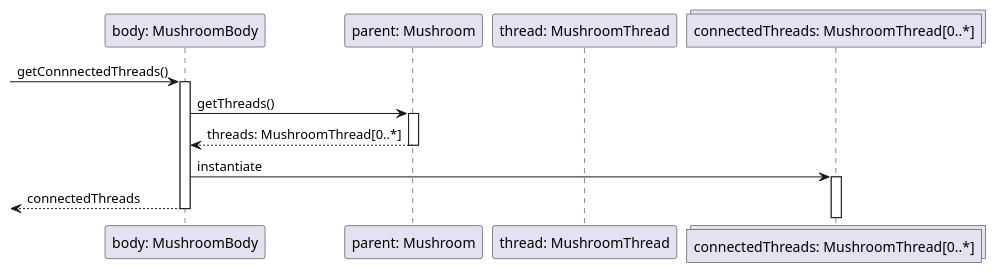
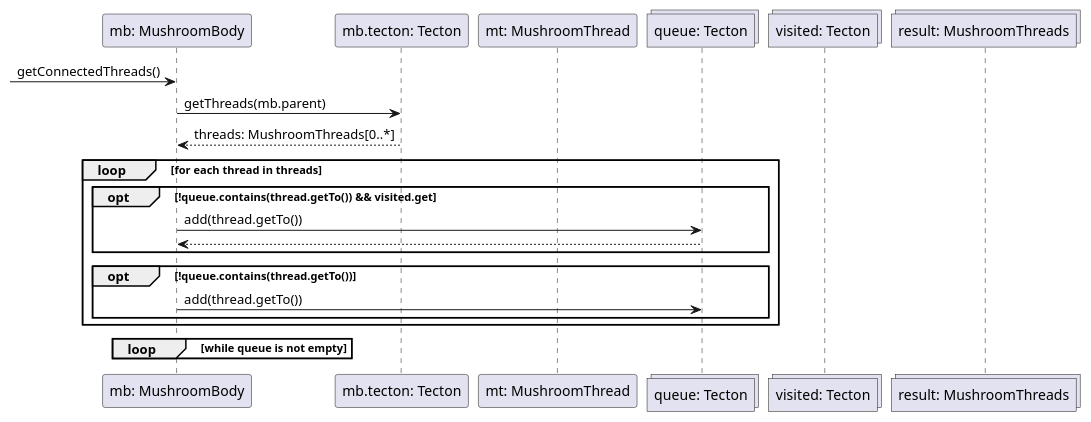
Before and after one commit to dzsem/projlab: the diagram in diagrams/sequence/mushroom/mushroom_body/getConnectedThreads.wsd, drawn with PlantUML.

Commit message:
Started getConnectedThreads

```diff
--- a/diagrams/sequence/mushroom/mushroom_body/getConnectedThreads.wsd
+++ b/diagrams/sequence/mushroom/mushroom_body/getConnectedThreads.wsd
@@ -1,22 +1,27 @@
-@startuml GetConectedThreads
-participant "body: MushroomBody" as body
-participant "parent: Mushroom" as parent
-participant "thread: MushroomThread" as thread
-collections "connectedThreads: MushroomThread[0..*]" as connectedThreads
+@startuml Get Conected Threads
+participant "mb: MushroomBody" as mb
+participant "mb.tecton: Tecton" as tecton
+participant "mt: MushroomThread" as mt
+collections "queue: Tecton" as q
+collections "visited: Tecton" as visited
+collections "result: MushroomThreads" as result
 
--> body : getConnnectedThreads()
-activate body
+-> mb: getConnectedThreads()
+mb -> tecton: getThreads(mb.parent)
+tecton --> mb: threads: MushroomThreads[0..*]
 
-body -> parent : getThreads()
-activate parent
-parent --> body : threads: MushroomThread[0..*]
-deactivate parent
+    loop for each thread in threads 
+        opt !queue.contains(thread.getTo()) && visited.get
+            mb -> q: add(thread.getTo())
+            q --> mb
+        end
+        opt !queue.contains(thread.getTo())
+            mb -> q: add(thread.getTo())
+        end
+    end
 
-body -> connectedThreads : instantiate
-activate connectedThreads
+    loop while queue is not empty
 
-
-<-- body : connectedThreads
-deactivate body
+    end
 
 @enduml
```
